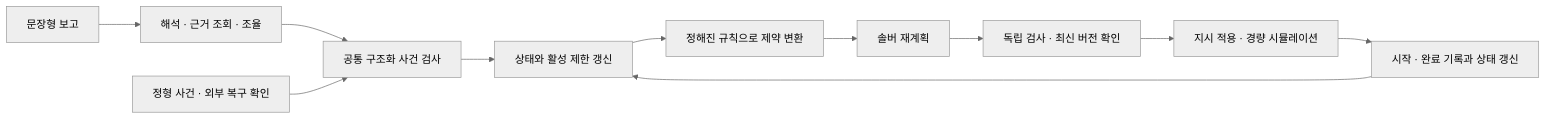
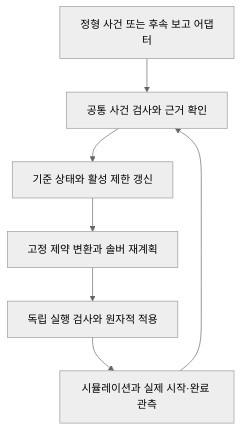
The diagram in README.md (yumsj0626-afk/shipyard-welding-automation), drawn with Mermaid (neutral theme) before and after one commit.

Commit message:
docs: improve overview flow diagram readability

````diff
--- a/README.md
+++ b/README.md
@@ -34,13 +34,9 @@
 ```mermaid
-flowchart LR
-    A[문장형 보고] --> B[해석 · 근거 조회 · 조율]
-    B --> C[공통 구조화 사건 검사]
-    D[정형 사건 · 외부 복구 확인] --> C
-    C --> E[상태와 활성 제한 갱신]
-    E --> F[정해진 규칙으로 제약 변환]
-    F --> G[솔버 재계획]
-    G --> H[독립 검사 · 최신 버전 확인]
-    H --> I[지시 적용 · 경량 시뮬레이션]
-    I --> J[시작 · 완료 기록과 상태 갱신]
-    J --> E
+flowchart TD
+    A["정형 사건 또는 후속 보고 어댑터"] --> B["공통 사건 검사와 근거 확인"]
+    B --> C["기준 상태와 활성 제한 갱신"]
+    C --> D["고정 제약 변환과 솔버 재계획"]
+    D --> E["독립 실행 검사와 원자적 적용"]
+    E --> F["시뮬레이션과 실제 시작·완료 관측"]
+    F --> B
 ```
````
